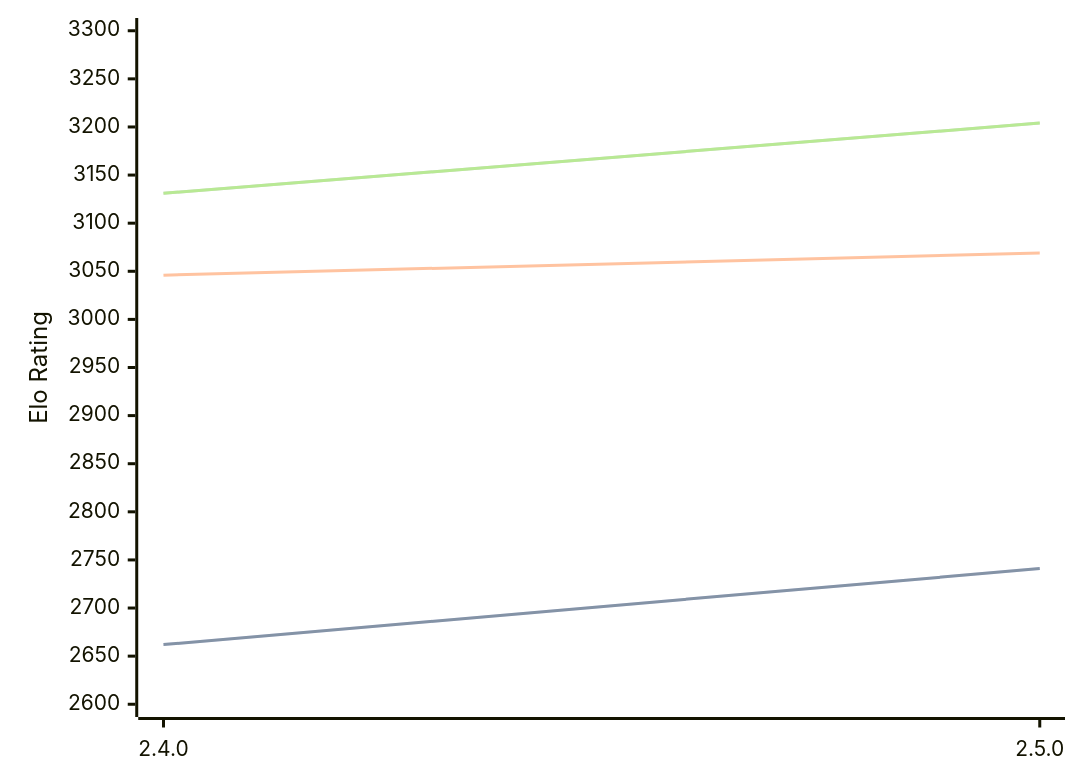
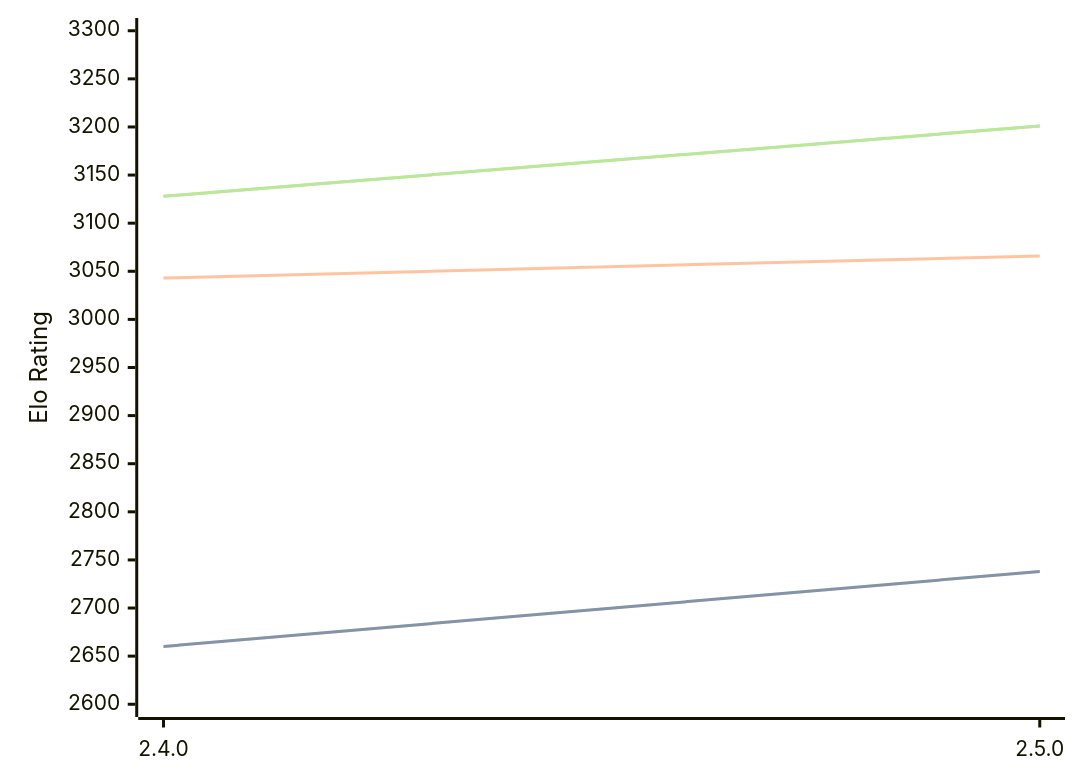
One commit to computer-chess-index/cci changed the diagram in engines/Sturddle2.md. Above: the diagram before and after it, drawn with Mermaid. The commit also changed other lines of this file, not shown here.

Commit message:
Update CCI Ratings (ELO VLTC) - 2026-04-23

````diff
--- a/engines/Sturddle2.md
+++ b/engines/Sturddle2.md
@@ -37,11 +37,11 @@
 ```mermaid
 %%{init: {"theme":"base","themeVariables":{"seriesColors:['#a3a3a3','#222221','#faa371']}}}%%
 xychart-beta
   x-axis ["2.4.0", "2.5.0"]
   y-axis "Elo Rating" 2600 --> 3300
-  line "STC (8.0+0.08s)" [2662, 2741]
-  line "STC (8.0+0.08s)" [2662, 2741]
-  line "LTC (60.0+0.60s)" [3046, 3069]
-  line "VLTC (2m24s+1.12s)" [3131, 3204]
-  line "VLTC (2m24s+1.12s)" [3131, 3204]
+  line "STC (8.0+0.08s)" [2660, 2738]
+  line "STC (8.0+0.08s)" [2660, 2738]
+  line "LTC (60.0+0.60s)" [3043, 3066]
+  line "VLTC (2m24s+1.12s)" [3128, 3201]
+  line "VLTC (2m24s+1.12s)" [3128, 3201]
 ```
````
